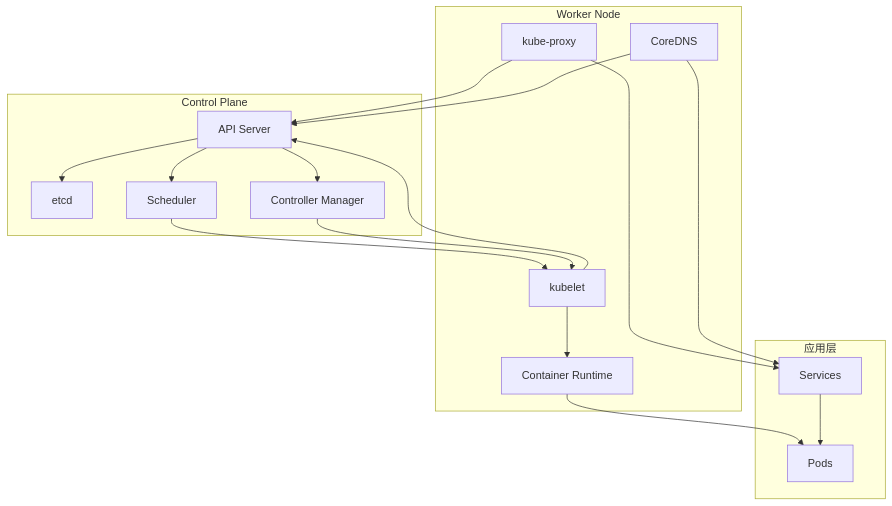
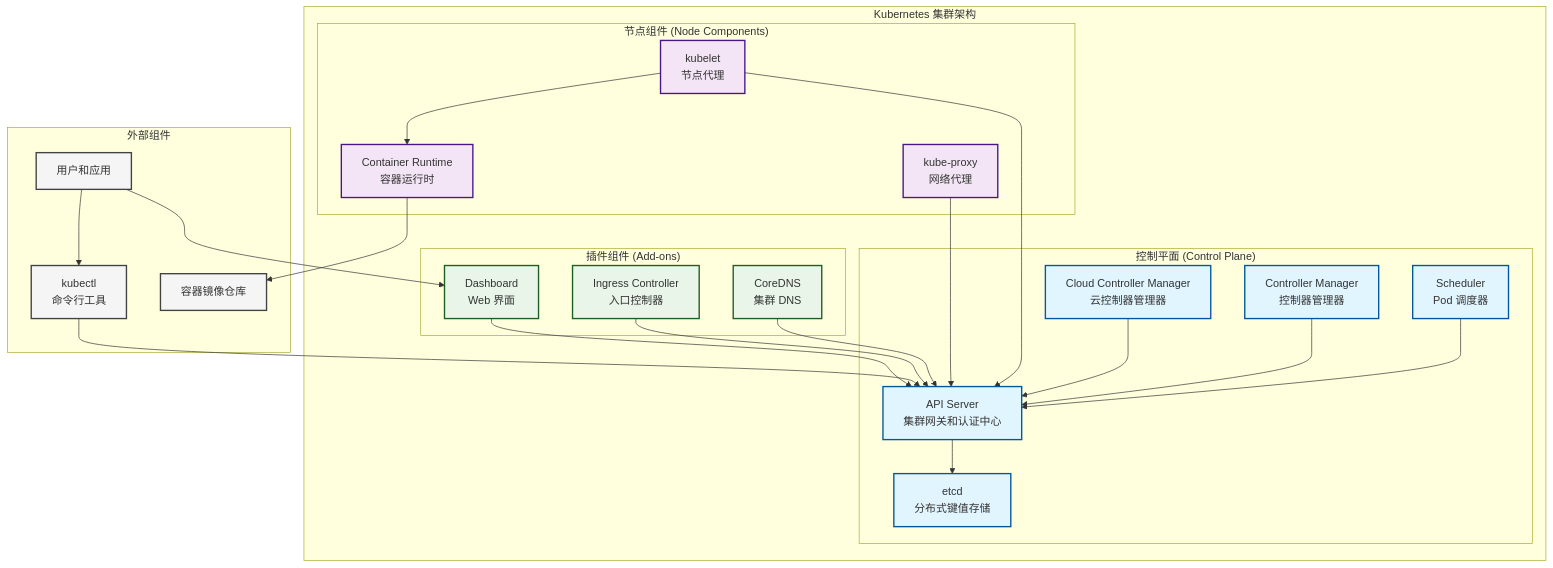
Before and after one commit to zhiqli1993/cloud-study: the diagram in kubernetes/README.md, drawn with Mermaid. The commit also changed other lines of this file and 62 other files, not shown here.

````diff
--- a/kubernetes/README.md
+++ b/kubernetes/README.md
@@ -46,39 +9,60 @@
 ```mermaid
 graph TB
-    subgraph "Control Plane"
-        API[API Server]
-        ETCD[etcd]
-        SCH[Scheduler]
-        CM[Controller Manager]
+    subgraph "Kubernetes 集群架构"
+        subgraph "控制平面 (Control Plane)"
+            API_SERVER[API Server<br/>集群网关和认证中心]
+            ETCD[etcd<br/>分布式键值存储]
+            SCHEDULER[Scheduler<br/>Pod 调度器]
+            CONTROLLER_MANAGER[Controller Manager<br/>控制器管理器]
+            CLOUD_CONTROLLER[Cloud Controller Manager<br/>云控制器管理器]
+        end
+        
+        subgraph "节点组件 (Node Components)"
+            KUBELET[kubelet<br/>节点代理]
+            KUBE_PROXY[kube-proxy<br/>网络代理]
+            CONTAINER_RUNTIME[Container Runtime<br/>容器运行时]
+        end
+        
+        subgraph "插件组件 (Add-ons)"
+            DNS[CoreDNS<br/>集群 DNS]
+            DASHBOARD[Dashboard<br/>Web 界面]
+            INGRESS[Ingress Controller<br/>入口控制器]
+        end
     end
     
-    subgraph "Worker Node"
-        KUBELET[kubelet]
-        PROXY[kube-proxy]
-        RUNTIME[Container Runtime]
-        COREDNS[CoreDNS]
+    subgraph "外部组件"
+        KUBECTL[kubectl<br/>命令行工具]
+        USERS[用户和应用]
+        CONTAINER_REGISTRY[容器镜像仓库]
     end
     
-    subgraph "应用层"
-        PODS[Pods]
-        SERVICES[Services]
-    end
+    %% 组件连接关系
+    API_SERVER --> ETCD
+    SCHEDULER --> API_SERVER
+    CONTROLLER_MANAGER --> API_SERVER
+    CLOUD_CONTROLLER --> API_SERVER
     
-    API --> ETCD
-    API --> SCH
-    API --> CM
+    KUBELET --> API_SERVER
+    KUBELET --> CONTAINER_RUNTIME
+    KUBE_PROXY --> API_SERVER
     
-    SCH --> KUBELET
-    CM --> KUBELET
-    KUBELET --> RUNTIME
-    KUBELET --> API
+    DNS --> API_SERVER
+    INGRESS --> API_SERVER
     
-    PROXY --> API
-    PROXY --> SERVICES
+    KUBECTL --> API_SERVER
+    USERS --> KUBECTL
+    USERS --> DASHBOARD
+    DASHBOARD --> API_SERVER
+    CONTAINER_RUNTIME --> CONTAINER_REGISTRY
     
-    COREDNS --> API
-    COREDNS --> SERVICES
+    %% 样式定义
+    classDef controlPlane fill:#e1f5fe,stroke:#01579b,stroke-width:2px
+    classDef nodeComponent fill:#f3e5f5,stroke:#4a148c,stroke-width:2px
+    classDef addon fill:#e8f5e8,stroke:#1b5e20,stroke-width:2px
+    classDef external fill:#f5f5f5,stroke:#424242,stroke-width:2px
     
-    RUNTIME --> PODS
-    SERVICES --> PODS
+    class API_SERVER,ETCD,SCHEDULER,CONTROLLER_MANAGER,CLOUD_CONTROLLER controlPlane
+    class KUBELET,KUBE_PROXY,CONTAINER_RUNTIME nodeComponent
+    class DNS,DASHBOARD,INGRESS addon
+    class KUBECTL,USERS,CONTAINER_REGISTRY external
 ```
````
